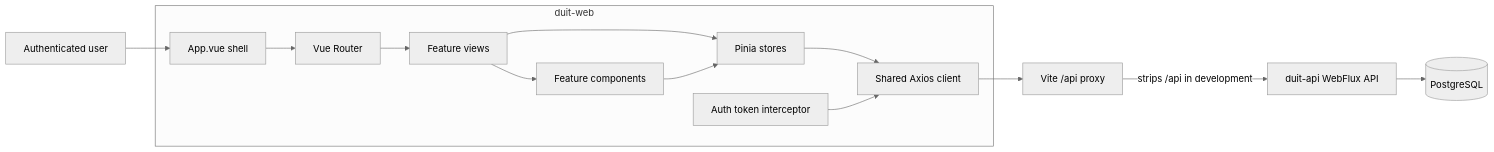
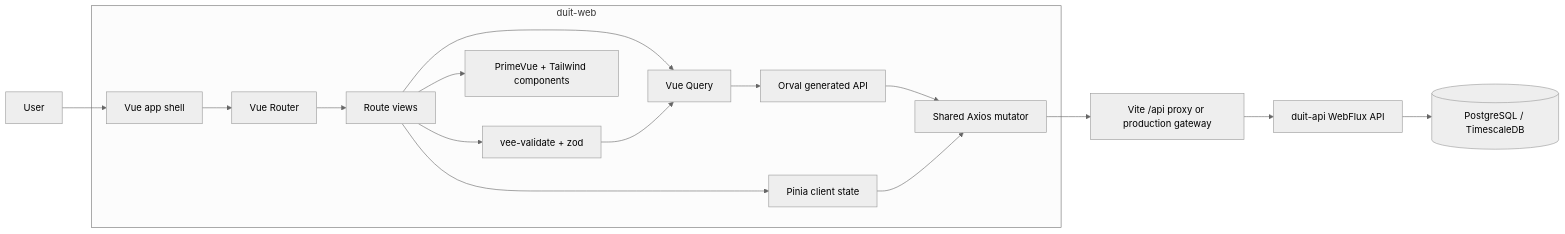
The first of 2 diagrams in README.md (JaedenTYY/duit-web), drawn with Mermaid (neutral theme) before and after one commit. The commit also changed other lines of this file and 207 other files, not shown here.

````diff
--- a/README.md
+++ b/README.md
@@ -48,30 +28,35 @@
 ```mermaid
 flowchart LR
-    User["Authenticated user"]
+    User["User"]
 
-    subgraph Browser["duit-web"]
-        App["App.vue shell"]
+    subgraph Web["duit-web"]
+        App["Vue app shell"]
         Router["Vue Router"]
-        Views["Feature views"]
-        Components["Feature components"]
-        Stores["Pinia stores"]
-        Api["Shared Axios client"]
-        Auth["Auth token interceptor"]
+        Views["Route views"]
+        Forms["vee-validate + zod"]
+        Query["Vue Query"]
+        Store["Pinia client state"]
+        Generated["Orval generated API"]
+        Axios["Shared Axios mutator"]
+        UI["PrimeVue + Tailwind components"]
     end
 
-    Proxy["Vite /api proxy"]
-    Backend["duit-api WebFlux API"]
-    Database[("PostgreSQL")]
+    Proxy["Vite /api proxy or production gateway"]
+    Api["duit-api WebFlux API"]
+    Db[("PostgreSQL / TimescaleDB")]
 
     User --> App
     App --> Router
     Router --> Views
-    Views --> Components
-    Views --> Stores
-    Components --> Stores
-    Stores --> Api
-    Auth --> Api
-    Api --> Proxy
-    Proxy -->|"strips /api in development"| Backend
-    Backend --> Database
+    Views --> UI
+    Views --> Forms
+    Views --> Query
+    Views --> Store
+    Forms --> Query
+    Query --> Generated
+    Generated --> Axios
+    Store --> Axios
+    Axios --> Proxy
+    Proxy --> Api
+    Api --> Db
 ```
````
